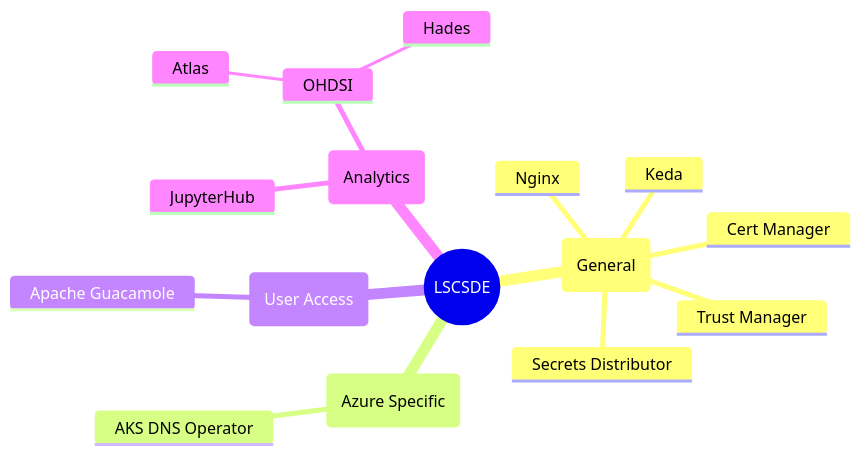
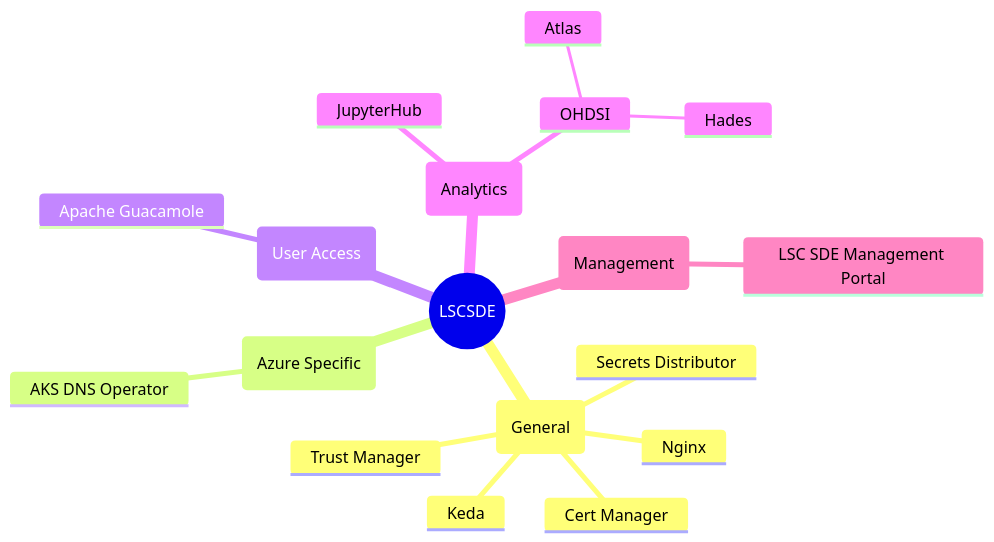
The second of 2 diagrams in README.md (lsc-sde/lsc-sde), drawn with Mermaid before and after one commit.

Commit message:
added LSC SDE Management Portal

````diff
--- a/README.md
+++ b/README.md
@@ -14,25 +14,27 @@
 ```mermaid
 mindmap
   root((LSCSDE))
     (General)
       Secrets Distributor
       ::icon(fas user-secret)
       Cert Manager
       ::icon(fas certificate)
       Trust Manager
       ::icon(fas key)
       Nginx
       ::icon(fas users)
       Keda
       ::icon(fas exchange-alt)
 
     (Azure Specific)
       AKS DNS Operator
     (User Access)
       Apache Guacamole
     (Analytics)
       JupyterHub
       OHDSI
         Atlas
         Hades
+    (Management)
+      LSC SDE Management Portal
 ```
````
